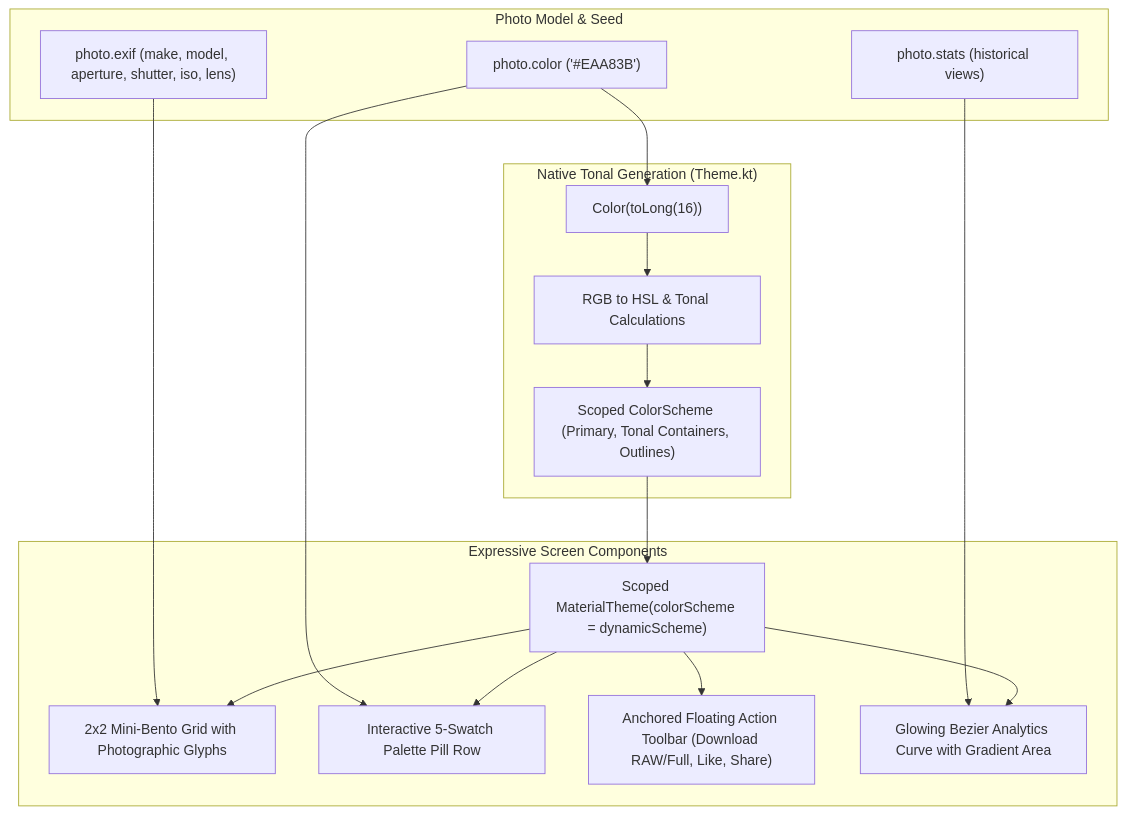
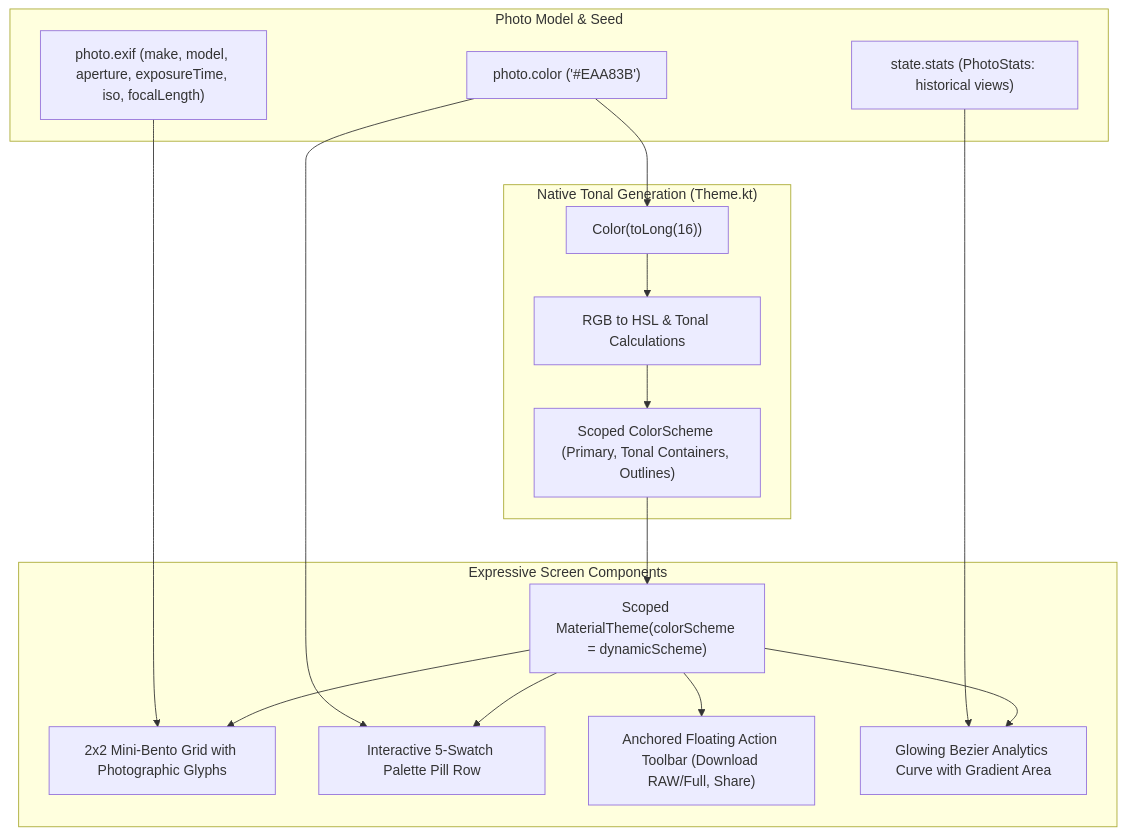
One commit to davidtcdeveloper/image-feed-app changed the diagram in specs/54_android_material3_expressive_photo_details_and_dynamic_theming.md. Above: the diagram before and after it, drawn with Mermaid. The commit also changed other lines of this file and 6 other files, not shown here.

````diff
--- a/specs/54_android_material3_expressive_photo_details_and_dynamic_theming.md
+++ b/specs/54_android_material3_expressive_photo_details_and_dynamic_theming.md
@@ -30,28 +30,28 @@
 ```mermaid
 graph TD
     subgraph DataInputs["Photo Model & Seed"]
         PhotoHex["photo.color ('#EAA83B')"]
-        PhotoExif["photo.exif (make, model, aperture, shutter, iso, lens)"]
-        PhotoStats["photo.stats (historical views)"]
+        PhotoExif["photo.exif (make, model, aperture, exposureTime, iso, focalLength)"]
+        PhotoStats["state.stats (PhotoStats: historical views)"]
     end
 
     subgraph NativeTonalEngine["Native Tonal Generation (Theme.kt)"]
         HexParse["Color(toLong(16))"]
         HslMath["RGB to HSL & Tonal Calculations"]
         DynamicScheme["Scoped ColorScheme (Primary, Tonal Containers, Outlines)"]
     end
 
     subgraph ExpressiveUIComponents["Expressive Screen Components"]
         ThemeWrap["Scoped MaterialTheme(colorScheme = dynamicScheme)"]
         ExifBento["2x2 Mini-Bento Grid with Photographic Glyphs"]
         Swatches["Interactive 5-Swatch Palette Pill Row"]
-        FloatingCta["Anchored Floating Action Toolbar (Download RAW/Full, Like, Share)"]
+        FloatingCta["Anchored Floating Action Toolbar (Download RAW/Full, Share)"]
         BezierChart["Glowing Bezier Analytics Curve with Gradient Area"]
     end
 
     PhotoHex --> HexParse --> HslMath --> DynamicScheme --> ThemeWrap
     PhotoExif --> ExifBento
     PhotoHex --> Swatches
     PhotoStats --> BezierChart
     ThemeWrap --> ExifBento & Swatches & FloatingCta & BezierChart
 ```
````
